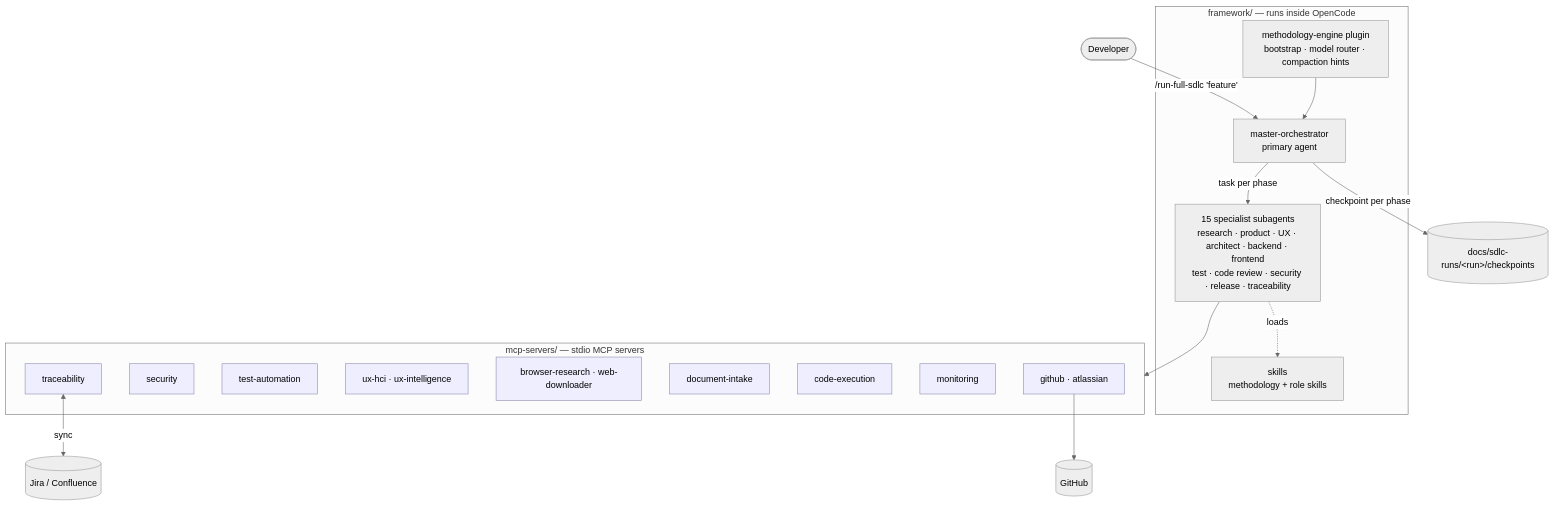
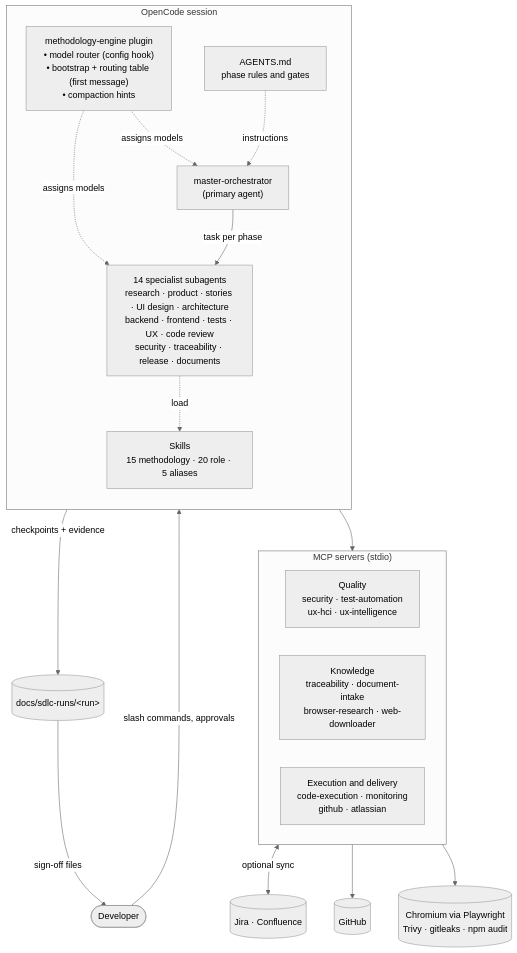
The diagram in docs/architecture.md (aideveloper1976-arch/agentic-sdlc), drawn with Mermaid (neutral theme) before and after one commit. The commit also changed other lines of this file and 61 other files, not shown here.

````diff
--- a/docs/architecture.md
+++ b/docs/architecture.md
@@ -7,33 +13,31 @@
 ```mermaid
 flowchart TB
-    U([Developer]) -->|"/run-full-sdlc 'feature'"| O
+    Dev([Developer]) -->|slash commands, approvals| Client
 
-    subgraph FW[framework/ — runs inside OpenCode]
-        P[methodology-engine plugin<br/>bootstrap · model router · compaction hints]
-        O[master-orchestrator<br/>primary agent]
-        A[15 specialist subagents<br/>research · product · UX · architect · backend · frontend<br/>test · code review · security · release · traceability]
-        S[skills<br/>methodology + role skills]
-        P --> O
-        O -->|task per phase| A
-        A -.loads.-> S
+    subgraph Client["OpenCode session"]
+        direction TB
+        Plugin["methodology-engine plugin<br/>• model router (config hook)<br/>• bootstrap + routing table (first message)<br/>• compaction hints"]
+        Orch["master-orchestrator<br/>(primary agent)"]
+        Subs["14 specialist subagents<br/>research · product · stories · UI design · architecture<br/>backend · frontend · tests · UX · code review<br/>security · traceability · release · documents"]
+        Skills["Skills<br/>15 methodology · 20 role · 5 aliases"]
+        Rules["AGENTS.md<br/>phase rules and gates"]
+        Plugin -. assigns models .-> Orch & Subs
+        Rules -. instructions .-> Orch
+        Orch -->|task per phase| Subs
+        Subs -. load .-> Skills
     end
 
-    subgraph MCP[mcp-servers/ — stdio MCP servers]
-        T[traceability]:::m
-        SEC[security]:::m
-        TA[test-automation]:::m
-        UX[ux-hci · ux-intelligence]:::m
-        BR[browser-research · web-downloader]:::m
-        DI[document-intake]:::m
-        CE[code-execution]:::m
-        MO[monitoring]:::m
-        GH[github · atlassian]:::m
+    subgraph Tools["MCP servers (stdio)"]
+        direction LR
+        Q["Quality<br/>security · test-automation<br/>ux-hci · ux-intelligence"]
+        K["Knowledge<br/>traceability · document-intake<br/>browser-research · web-downloader"]
+        X["Execution and delivery<br/>code-execution · monitoring<br/>github · atlassian"]
     end
 
-    A --> MCP
-    T <-->|sync| J[(Jira / Confluence)]
-    GH --> G[(GitHub)]
-    O -->|checkpoint per phase| D[(docs/sdlc-runs/&lt;run&gt;/checkpoints)]
-
-    classDef m fill:#eef,stroke:#88a
+    Subs --> Tools
+    K <-->|optional sync| Atl[(Jira · Confluence)]
+    X --> GH[(GitHub)]
+    Q --> Br[(Chromium via Playwright<br/>Trivy · gitleaks · npm audit)]
+    Subs -->|checkpoints + evidence| Disk[(docs/sdlc-runs/&lt;run&gt;)]
+    Disk -->|sign-off files| Dev
 ```
````
